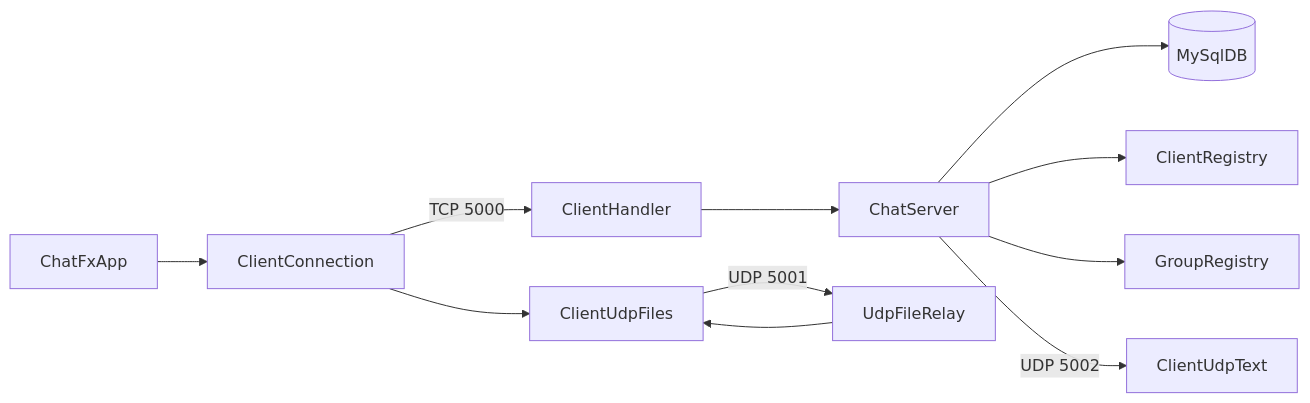
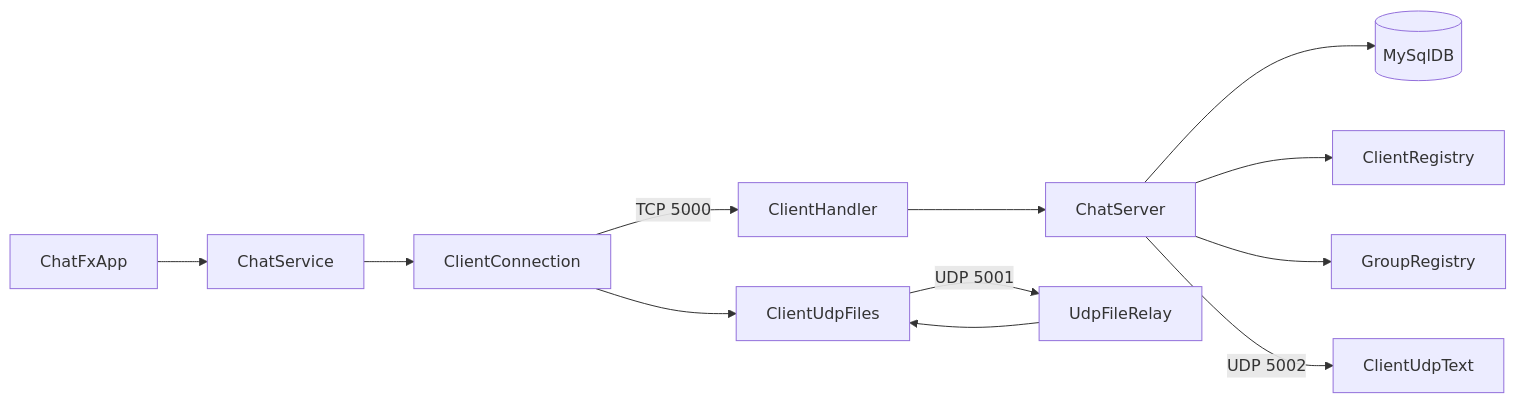
The diagram in lap1/ARCHITECTURE.md (lequocdinhKt/5-lap-LTM), drawn with Mermaid before and after one commit. The commit also changed other lines of this file and 18 other files, not shown here.

````diff
--- a/lap1/ARCHITECTURE.md
+++ b/lap1/ARCHITECTURE.md
@@ -3,13 +3,14 @@
 ```mermaid
 flowchart LR
-    UI[ChatFxApp] --> C[ClientConnection]
+    UI[ChatFxApp] --> SVC[ChatService]
+    SVC --> C[ClientConnection]
     C -- TCP 5000 --> H[ClientHandler]
     H --> S[ChatServer]
     S --> DB[(MySqlDB)]
     S --> CR[ClientRegistry]
     S --> GR[GroupRegistry]
     S -- UDP 5002 --> UT[ClientUdpText]
     C --> UF[ClientUdpFiles]
     UF -- UDP 5001 --> R[UdpFileRelay]
     R --> UF
 ```
````
